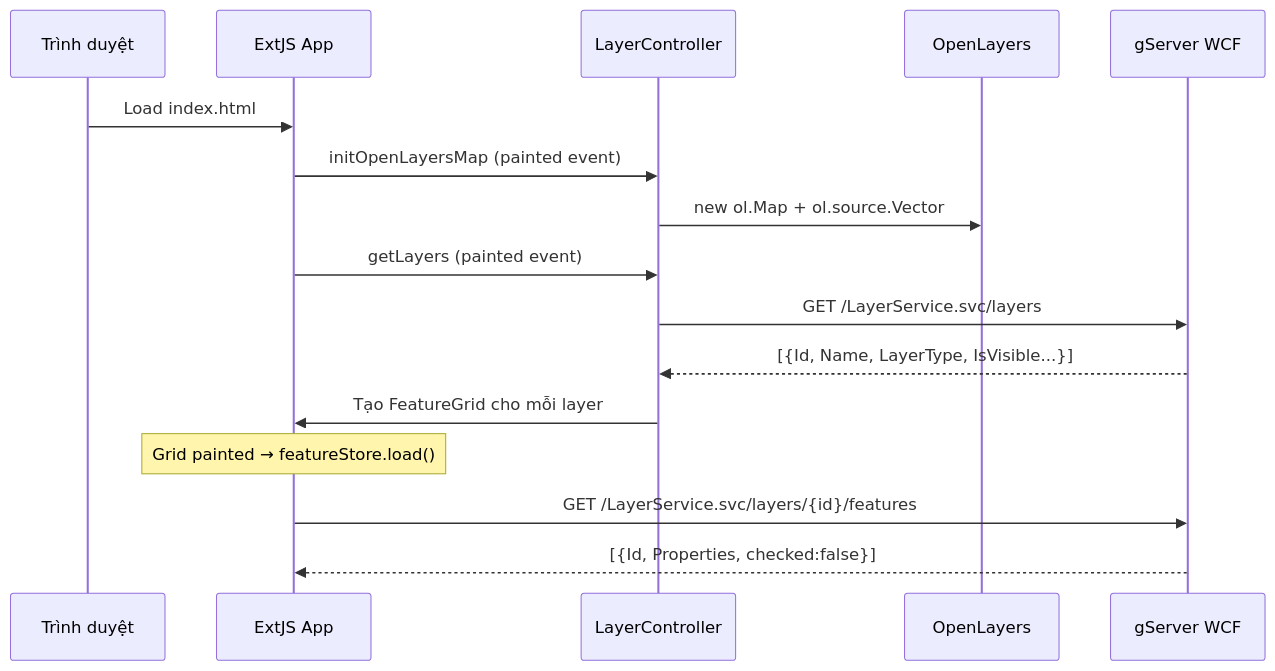
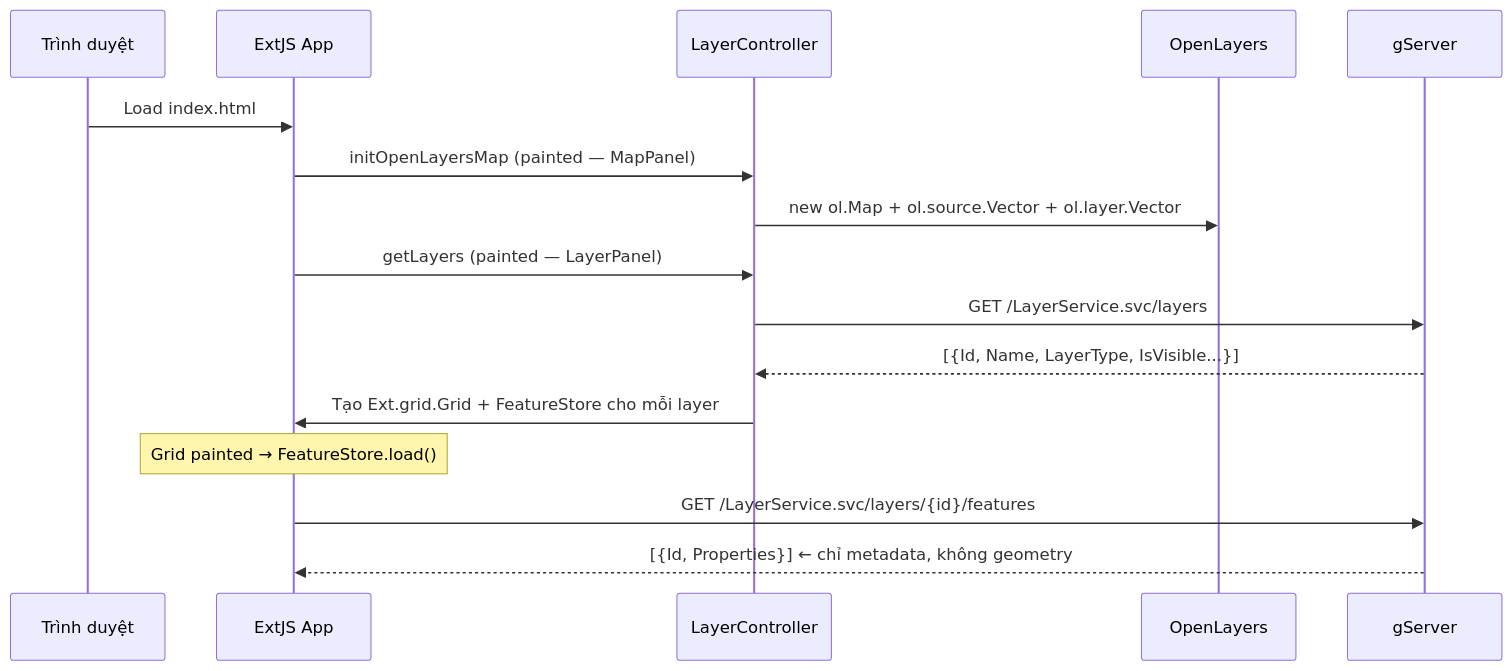
Before and after one commit to giangvanhung/gServer_0.0.1: the first of 8 diagrams in gServer_Introduction/docs/dataflow.md, drawn with Mermaid. The commit also changed other lines of this file and 14 other files, not shown here.

````diff
--- a/gServer_Introduction/docs/dataflow.md
+++ b/gServer_Introduction/docs/dataflow.md
@@ -5,21 +5,21 @@
 ```mermaid
 sequenceDiagram
-    participant B as Trình duyệt
-    participant E as ExtJS App
+    participant B  as Trình duyệt
+    participant E  as ExtJS App
     participant LC as LayerController
     participant OL as OpenLayers
-    participant WCF as gServer WCF
+    participant WCF as gServer
 
     B->>E: Load index.html
-    E->>LC: initOpenLayersMap (painted event)
-    LC->>OL: new ol.Map + ol.source.Vector
+    E->>LC: initOpenLayersMap (painted — MapPanel)
+    LC->>OL: new ol.Map + ol.source.Vector + ol.layer.Vector
 
-    E->>LC: getLayers (painted event)
+    E->>LC: getLayers (painted — LayerPanel)
     LC->>WCF: GET /LayerService.svc/layers
     WCF-->>LC: [{Id, Name, LayerType, IsVisible...}]
-    LC->>E: Tạo FeatureGrid cho mỗi layer
+    LC->>E: Tạo Ext.grid.Grid + FeatureStore cho mỗi layer
 
-    Note over E: Grid painted → featureStore.load()
+    Note over E: Grid painted → FeatureStore.load()
     E->>WCF: GET /LayerService.svc/layers/{id}/features
-    WCF-->>E: [{Id, Properties, checked:false}]
+    WCF-->>E: [{Id, Properties}]  ← chỉ metadata, không geometry
 ```
````
